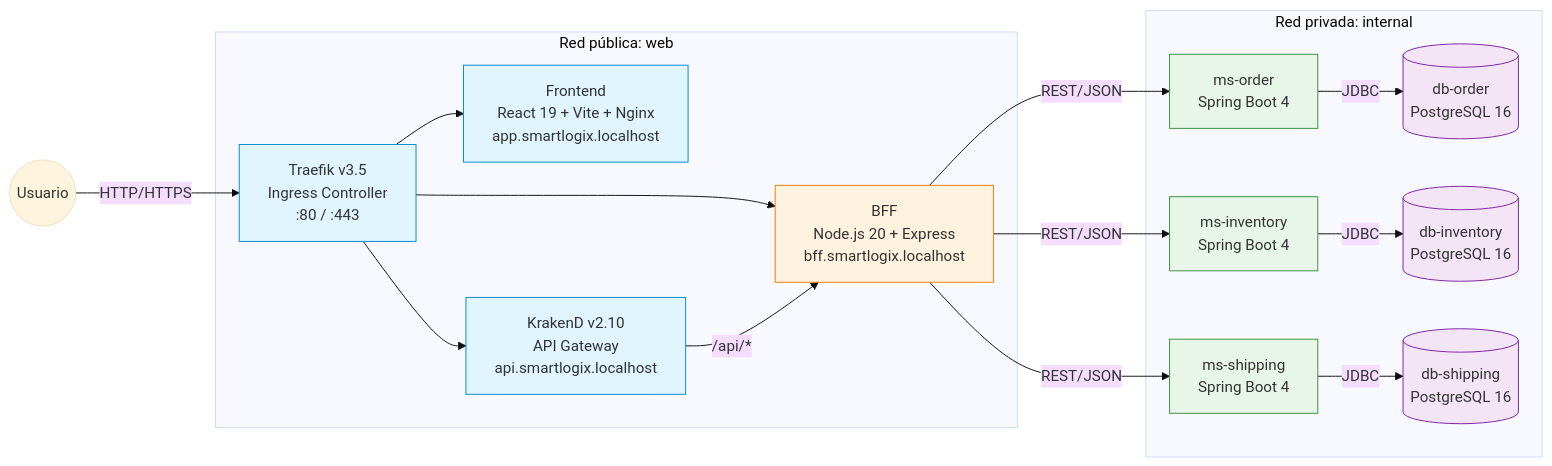
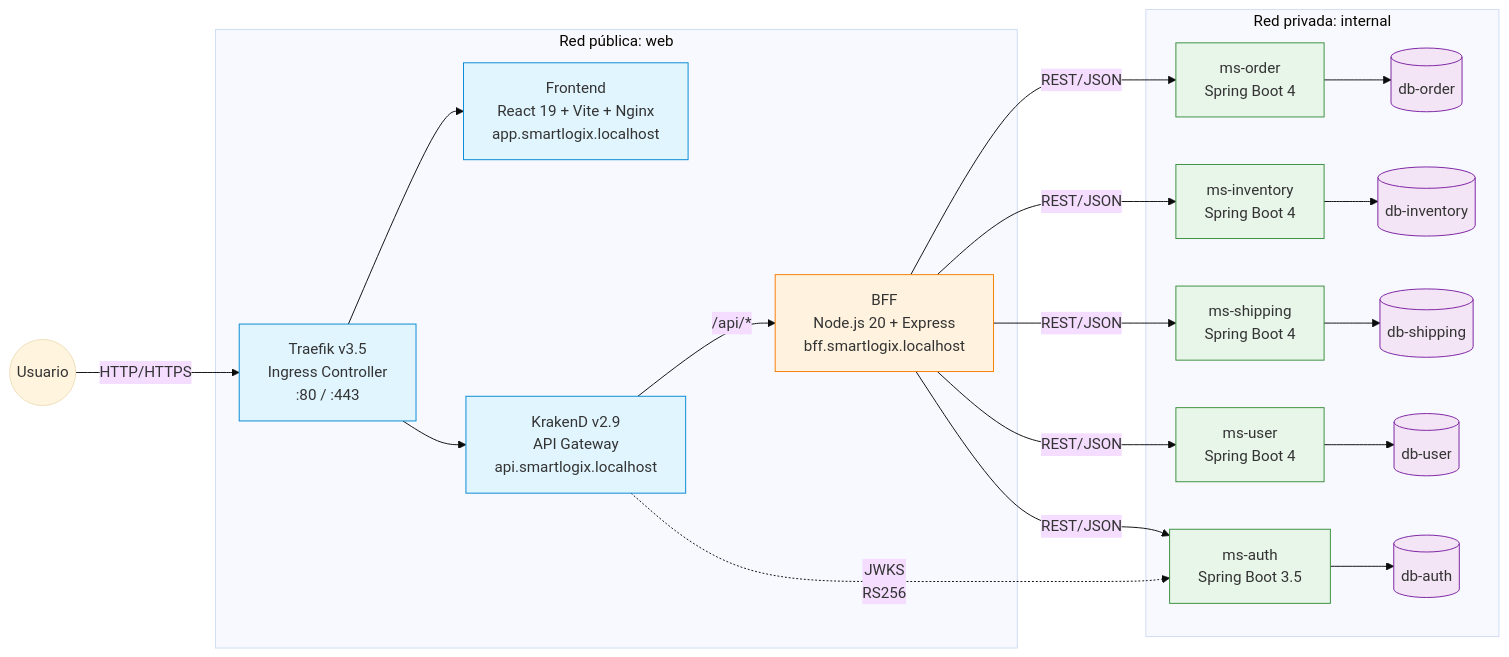
Before and after one commit to smartLogixfs/smartlogixs: the first of 8 diagrams in README.md, drawn with Mermaid (base theme). The commit also changed other lines of this file and 8 other files, not shown here.

````diff
--- a/README.md
+++ b/README.md
@@ -53,41 +55,45 @@
 ```mermaid
 flowchart LR
     User((Usuario))
 
     subgraph Web["Red pública: web"]
         Traefik["Traefik v3.5<br/>Ingress Controller<br/>:80 / :443"]
         Frontend["Frontend<br/>React 19 + Vite + Nginx<br/>app.smartlogix.localhost"]
-        Krakend["KrakenD v2.10<br/>API Gateway<br/>api.smartlogix.localhost"]
+        Krakend["KrakenD v2.9<br/>API Gateway<br/>api.smartlogix.localhost"]
         BFF["BFF<br/>Node.js 20 + Express<br/>bff.smartlogix.localhost"]
     end
 
     subgraph Internal["Red privada: internal"]
-        MSPed["ms-order<br/>Spring Boot 4"]
+        MSOrd["ms-order<br/>Spring Boot 4"]
         MSInv["ms-inventory<br/>Spring Boot 4"]
-        MSEnv["ms-shipping<br/>Spring Boot 4"]
-        DBPed[("db-order<br/>PostgreSQL 16")]
-        DBInv[("db-inventory<br/>PostgreSQL 16")]
-        DBEnv[("db-shipping<br/>PostgreSQL 16")]
+        MSShip["ms-shipping<br/>Spring Boot 4"]
+        MSUsr["ms-user<br/>Spring Boot 4"]
+        MSAuth["ms-auth<br/>Spring Boot 3.5"]
+        DBOrd[("db-order")]
+        DBInv[("db-inventory")]
+        DBShip[("db-shipping")]
+        DBUsr[("db-user")]
+        DBAuth[("db-auth")]
     end
 
     User -->|HTTP/HTTPS| Traefik
     Traefik --> Frontend
     Traefik --> Krakend
-    Traefik --> BFF
     Krakend -->|/api/*| BFF
-    BFF -->|REST/JSON| MSPed
-    BFF -->|REST/JSON| MSInv
-    BFF -->|REST/JSON| MSEnv
-    MSPed -->|JDBC| DBPed
-    MSInv -->|JDBC| DBInv
-    MSEnv -->|JDBC| DBEnv
+    BFF -->|REST/JSON| MSOrd & MSInv & MSShip & MSUsr & MSAuth
+    Krakend -.->|JWKS<br/>RS256| MSAuth
+    MSOrd --> DBOrd
+    MSInv --> DBInv
+    MSShip --> DBShip
+    MSUsr --> DBUsr
+    MSAuth --> DBAuth
 
     classDef edge fill:#e1f5ff,stroke:#0288d1
     classDef bff fill:#fff3e0,stroke:#f57c00
     classDef ms fill:#e8f5e9,stroke:#388e3c
     classDef db fill:#f3e5f5,stroke:#7b1fa2
     class Traefik,Frontend,Krakend edge
     class BFF bff
-    class MSPed,MSInv,MSEnv ms
-    class DBPed,DBInv,DBEnv db
+    class MSOrd,MSInv,MSShip,MSUsr,MSAuth ms
+    class DBOrd,DBInv,DBShip,DBUsr,DBAuth db
 ```
````
